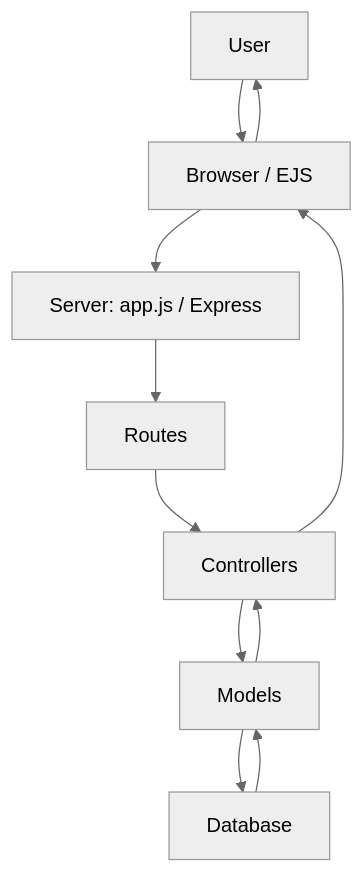
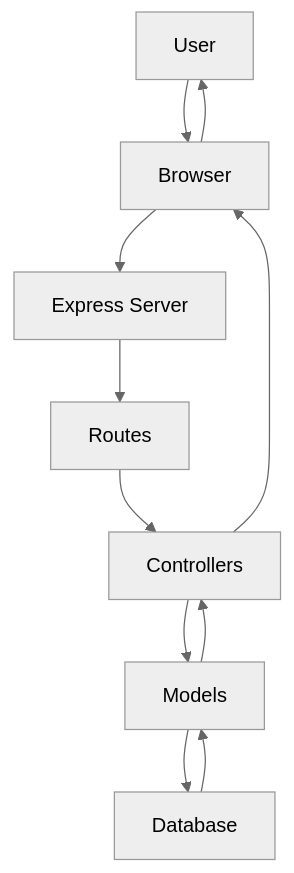
One commit to rajesh-raj-raj/test changed the first of 2 diagrams in readmetrip-hive.MD. Above: the diagram before and after it, drawn with Mermaid (neutral theme). The commit also changed other lines of this file, not shown here.

````diff
--- a/readmetrip-hive.MD
+++ b/readmetrip-hive.MD
@@ -205,21 +201,21 @@
 ```mermaid
 flowchart TD
   U[User]
-  B[Browser / EJS]
-  S[Server: app.js / Express]
+  B[Browser]
+  S[Express Server]
   R[Routes]
   C[Controllers]
   M[Models]
   DB[Database]
 
   U --> B
   B --> S
   S --> R
   R --> C
   C --> M
   M --> DB
   DB --> M
   M --> C
   C --> B
   B --> U
 ```
````
